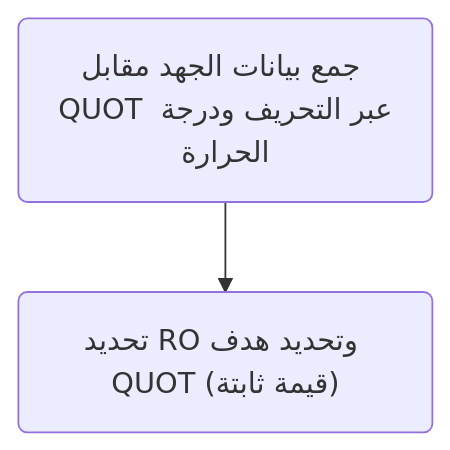
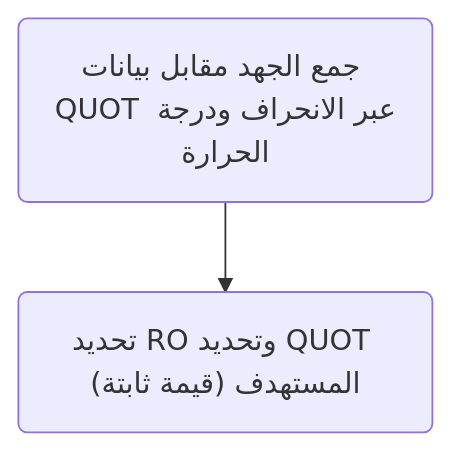
One commit to linyuxuanlin/Wiki_MkDocs changed the first of 5 diagrams in docs/ar/MkDocs测试实验室.md. Above: the diagram before and after it, drawn with Mermaid. The commit also changed other lines of this file and 31 other files, not shown here.

````diff
--- a/docs/ar/MkDocs测试实验室.md
+++ b/docs/ar/MkDocs测试实验室.md
@@ -9,6 +9,6 @@
 ```mermaid
 graph TD
-    a1("جمع بيانات الجهد مقابل QUOT عبر التحريف ودرجة الحرارة")
-    a2("تحديد RO وتحديد هدف QUOT (قيمة ثابتة)" )
+    a1("جمع الجهد مقابل بيانات QUOT عبر الانحراف ودرجة الحرارة")
+    a2("تحديد RO وتحديد QUOT المستهدف (قيمة ثابتة)")
     a1-->a2
 ```
````
